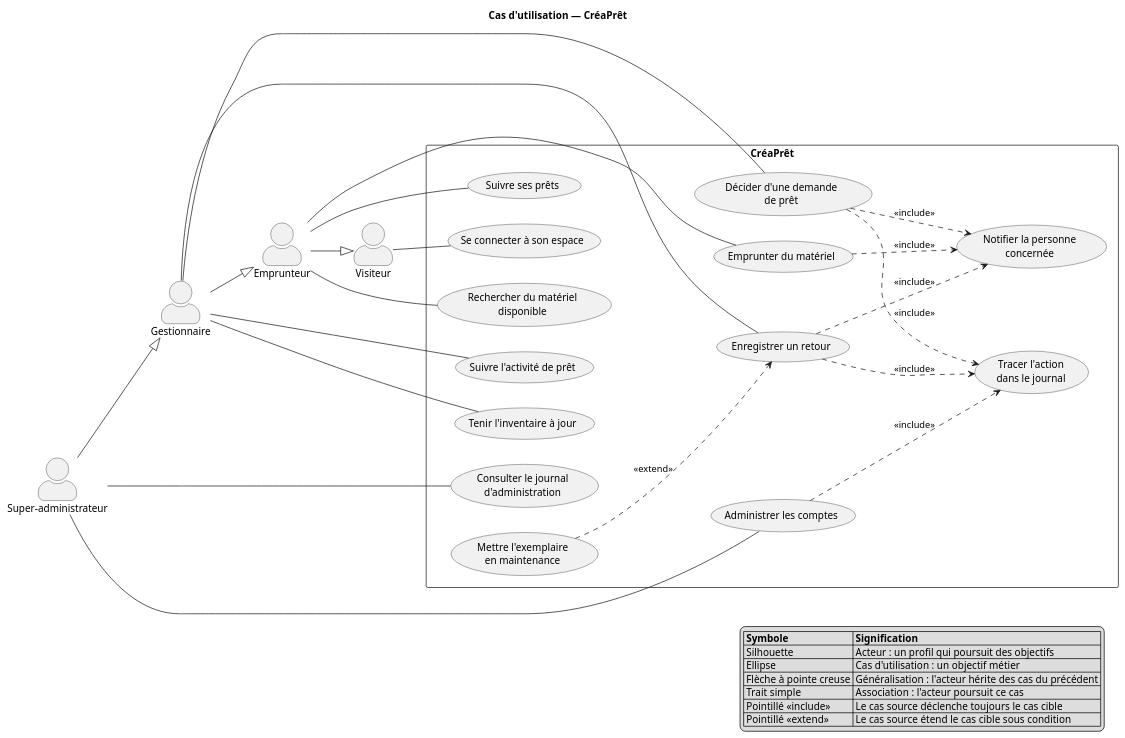
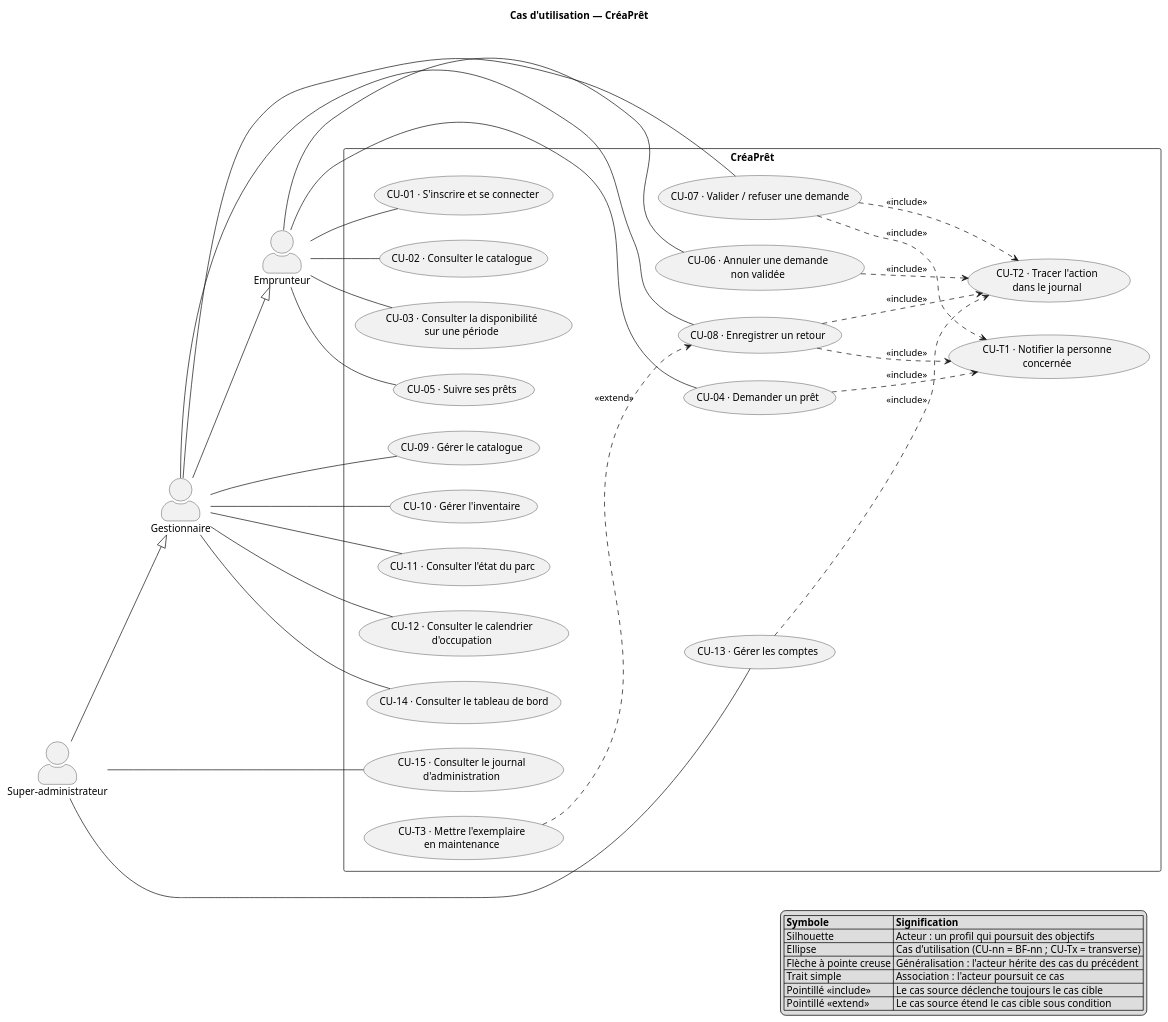
The diagram in docs/conception/analyse-fonctionnelle.puml (sgahovey/creapret), drawn with PlantUML before and after one commit. The commit also changed 21 other files, not shown here.

```diff
--- a/docs/conception/analyse-fonctionnelle.puml
+++ b/docs/conception/analyse-fonctionnelle.puml
@@ -1,75 +1,90 @@
 @startuml analyse-fonctionnelle
 ' =====================================================================
-' CréaPrêt — Analyse fonctionnelle : diagramme de cas d'utilisation
-' Dix objectifs métier + trois cas transverses. Acteurs cumulatifs.
-' <<include>> = toujours déclenché ; <<extend>> = conditionnel.
-' Fidèle aux enchaînements réels (contrôleurs / services).
+' CréaPrêt — Analyse fonctionnelle : cas d'utilisation
+' CU-nn aligné 1:1 sur BF-nn (CU-01..CU-15). Transverses CU-T1/T2/T3.
+' Acteurs cumulatifs. Fidèle aux enchaînements réels (contrôleurs/services).
 ' =====================================================================
 skinparam shadowing false
 skinparam actorStyle awesome
 left to right direction
 
 title Cas d'utilisation — CréaPrêt
 
-actor "Visiteur" as VIS
 actor "Emprunteur" as EMP
 actor "Gestionnaire" as GES
 actor "Super-administrateur" as ADM
 
-' Généralisation : cumul des habilitations (chacun hérite du précédent)
-EMP --|> VIS
+' Généralisation : cumul des habilitations
 GES --|> EMP
 ADM --|> GES
 
 rectangle "CréaPrêt" {
-    usecase "Se connecter à son espace" as UC1
-    usecase "Rechercher du matériel\ndisponible" as UC2
-    usecase "Emprunter du matériel" as UC3
-    usecase "Suivre ses prêts" as UC4
-    usecase "Décider d'une demande\nde prêt" as UC5
-    usecase "Enregistrer un retour" as UC6
-    usecase "Tenir l'inventaire à jour" as UC7
-    usecase "Suivre l'activité de prêt" as UC8
-    usecase "Administrer les comptes" as UC9
-    usecase "Consulter le journal\nd'administration" as UC10
+    ' — Emprunteur (BF-1 à BF-6) —
+    usecase "CU-01 · S'inscrire et se connecter" as CU01
+    usecase "CU-02 · Consulter le catalogue" as CU02
+    usecase "CU-03 · Consulter la disponibilité\nsur une période" as CU03
+    usecase "CU-04 · Demander un prêt" as CU04
+    usecase "CU-05 · Suivre ses prêts" as CU05
+    usecase "CU-06 · Annuler une demande\nnon validée" as CU06
 
-    ' Cas transverses (cibles d'include / extend)
-    usecase "Notifier la personne\nconcernée" as NOTIF
-    usecase "Tracer l'action\ndans le journal" as TRACE
-    usecase "Mettre l'exemplaire\nen maintenance" as MAINT
+    ' — Gestionnaire (BF-7 à BF-12 + BF-14) —
+    usecase "CU-07 · Valider / refuser une demande" as CU07
+    usecase "CU-08 · Enregistrer un retour" as CU08
+    usecase "CU-09 · Gérer le catalogue" as CU09
+    usecase "CU-10 · Gérer l'inventaire" as CU10
+    usecase "CU-11 · Consulter l'état du parc" as CU11
+    usecase "CU-12 · Consulter le calendrier\nd'occupation" as CU12
+    ' CU-14 sous Gestionnaire par DC-11 (élargissement ; ADM conserve l'accès par cumul)
+    usecase "CU-14 · Consulter le tableau de bord" as CU14
+
+    ' — Super-administrateur (BF-13, BF-15) —
+    usecase "CU-13 · Gérer les comptes" as CU13
+    usecase "CU-15 · Consulter le journal\nd'administration" as CU15
+
+    ' — Cas transverses (cibles include/extend) —
+    usecase "CU-T1 · Notifier la personne\nconcernée" as CUT1
+    usecase "CU-T2 · Tracer l'action\ndans le journal" as CUT2
+    usecase "CU-T3 · Mettre l'exemplaire\nen maintenance" as CUT3
 }
 
 ' Associations : chaque acteur porte ses PROPRES cas (le reste par cumul)
-VIS -- UC1
-EMP -- UC2
-EMP -- UC3
-EMP -- UC4
-GES -- UC5
-GES -- UC6
-GES -- UC7
-GES -- UC8
-ADM -- UC9
-ADM -- UC10
+EMP -- CU01
+EMP -- CU02
+EMP -- CU03
+EMP -- CU04
+EMP -- CU05
+EMP -- CU06
+GES -- CU07
+GES -- CU08
+GES -- CU09
+GES -- CU10
+GES -- CU11
+GES -- CU12
+GES -- CU14
+ADM -- CU13
+ADM -- CU15
 
-' <<include>> : le cas source déclenche toujours le cas cible
-UC3 ..> NOTIF : <<include>>
-UC5 ..> NOTIF : <<include>>
-UC6 ..> NOTIF : <<include>>
-UC5 ..> TRACE : <<include>>
-UC6 ..> TRACE : <<include>>
-UC9 ..> TRACE : <<include>>
+' «include» : le cas source déclenche toujours le cas cible
+CU04 ..> CUT1 : <<include>>
+CU07 ..> CUT1 : <<include>>
+CU08 ..> CUT1 : <<include>>
+CU07 ..> CUT2 : <<include>>
+CU08 ..> CUT2 : <<include>>
+CU13 ..> CUT2 : <<include>>
+' Conçu ; non implémenté à ce jour — écart documenté en DT-12
+CU06 ..> CUT2 : <<include>>
 
-' <<extend>> : conditionnel (retour d'un exemplaire endommagé)
-MAINT ..> UC6 : <<extend>>
+' «extend» : conditionnel (retour d'un exemplaire endommagé)
+CUT3 ..> CU08 : <<extend>>
 
 legend right
   | **Symbole** | **Signification** |
   | Silhouette | Acteur : un profil qui poursuit des objectifs |
-  | Ellipse | Cas d'utilisation : un objectif métier |
+  | Ellipse | Cas d'utilisation (CU-nn = BF-nn ; CU-Tx = transverse) |
   | Flèche à pointe creuse | Généralisation : l'acteur hérite des cas du précédent |
   | Trait simple | Association : l'acteur poursuit ce cas |
   | Pointillé <<include>> | Le cas source déclenche toujours le cas cible |
   | Pointillé <<extend>> | Le cas source étend le cas cible sous condition |
 endlegend
 
 @enduml
```
